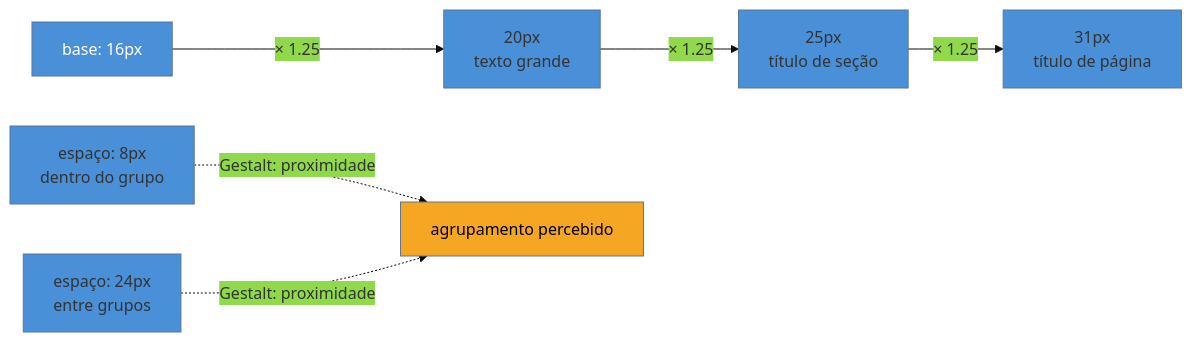
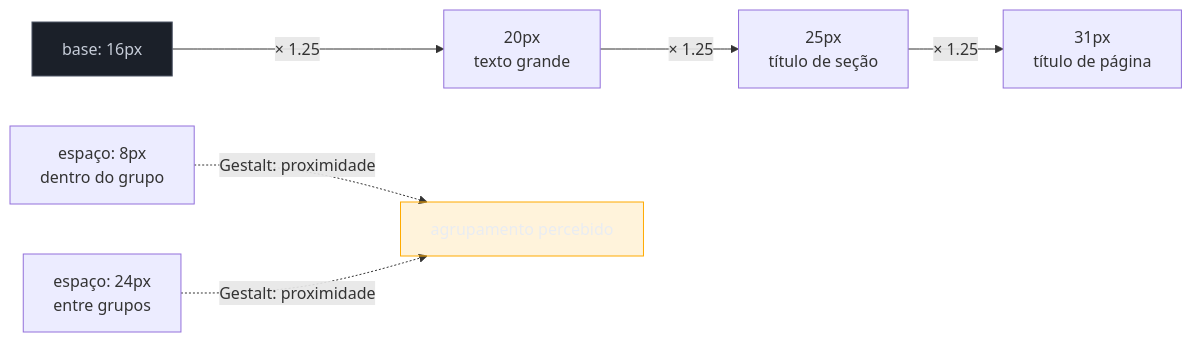
Before and after one commit to josenaldo/codex-technomanticus: the diagram in 03-Dominios/Engenharia/UX/Linguagem Visual e Design System/27 - Escalas de tipografia, espaçamento e densidade.md, drawn with Mermaid. The commit also changed 1181 other files, not shown here.

First line of the commit message:
fix(diagramas): paleta do sistema no lugar de cor cravada no markdown

````diff
--- a/03-Dominios/Engenharia/UX/Linguagem Visual e Design System/27 - Escalas de tipografia, espaçamento e densidade.md
+++ b/03-Dominios/Engenharia/UX/Linguagem Visual e Design System/27 - Escalas de tipografia, espaçamento e densidade.md
@@ -59,11 +59,12 @@
 ```mermaid
-%%{init: {"theme": "base", "themeVariables": {"primaryColor": "#4A90D9"}}}%%
 graph LR
+    classDef neutro fill:#1B2029,stroke:#4E5666,color:#C6CCD8
+    classDef destaque fill:#FFAA0024,stroke:#FFAA00,color:#E9ECF2
     B["base: 16px"] -->|"× 1.25"| A["20px<br/>texto grande"]
     A -->|"× 1.25"| C["25px<br/>título de seção"]
     C -->|"× 1.25"| D["31px<br/>título de página"]
     S1["espaço: 8px<br/>dentro do grupo"] -.->|"Gestalt: proximidade"| G["agrupamento percebido"]
     S2["espaço: 24px<br/>entre grupos"] -.->|"Gestalt: proximidade"| G
-    style B fill:#4A90D9,color:#fff
-    style G fill:#F5A623,color:#000
+    class B neutro
+    class G destaque
 ```
````
